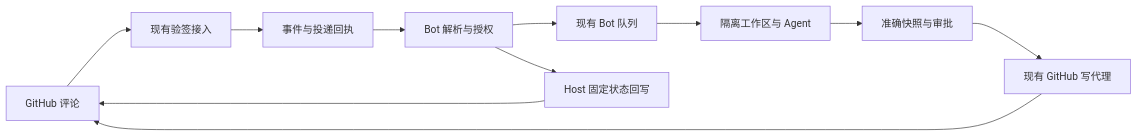
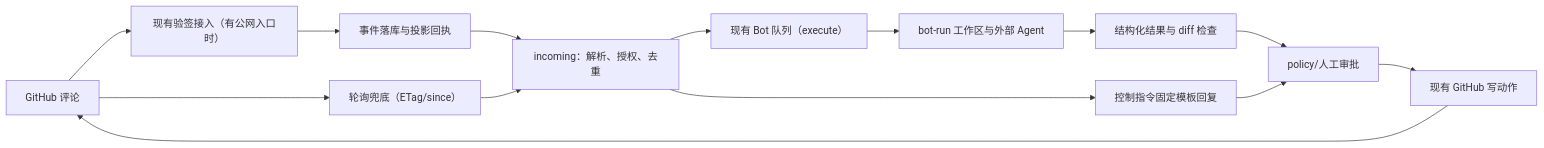
The first of 2 diagrams in docs/plans/2026-10-12-github-comment-trigger.md (MaxQian888/cognia-next), drawn with Mermaid before and after one commit. The commit also changed other lines of this file, not shown here.

First line of the commit message:
docs(plans): revise the GitHub comment trigger plan against the source

````diff
--- a/docs/plans/2026-10-12-github-comment-trigger.md
+++ b/docs/plans/2026-10-12-github-comment-trigger.md
@@ -68,13 +93,16 @@
 ```mermaid
 flowchart LR
-  G["GitHub 评论"] --> I["现有验签接入"]
-  I --> D["事件与投递回执"]
-  D --> A["Bot 解析与授权"]
-  A --> Q["现有 Bot 队列"]
-  Q --> E["隔离工作区与 Agent"]
-  E --> P["准确快照与审批"]
-  P --> W["现有 GitHub 写代理"]
-  A --> S["Host 固定状态回写"]
-  W --> G
-  S --> G
+  G["GitHub 评论"] --> W["现有验签接入（有公网入口时）"]
+  G --> P["轮询兜底（ETag/since）"]
+  W --> D["事件落库与投影回执"]
+  D --> A["incoming：解析、授权、去重"]
+  P --> A
+  A --> Q["现有 Bot 队列（execute）"]
+  Q --> E["bot-run 工作区与外部 Agent"]
+  E --> R["结构化结果与 diff 检查"]
+  R --> V["policy/人工审批"]
+  V --> X["现有 GitHub 写动作"]
+  A --> S["控制指令固定模板回复"]
+  S --> V
+  X --> G
 ```
````
